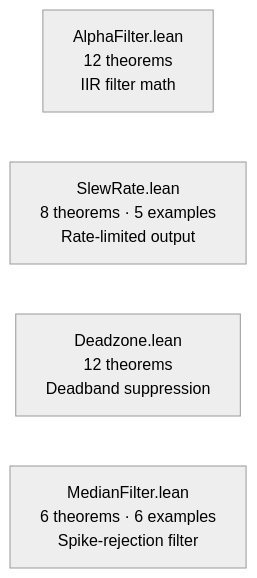
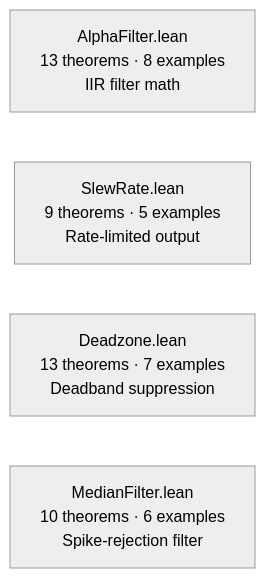
One commit to dsyme/PX4-Autopilot changed the third of 12 diagrams in formal-verification/REPORT.md. Above: the diagram before and after it, drawn with Mermaid (neutral theme). The commit also changed other lines of this file and 1 other file, not shown here.

First line of the commit message:
docs(formal-verification): update REPORT.md to 214 theorems; add Hysteresis informal spec

````diff
--- a/formal-verification/REPORT.md
+++ b/formal-verification/REPORT.md
@@ -78,7 +81,7 @@
 ```mermaid
 graph LR
-    AF["AlphaFilter.lean<br/>12 theorems<br/>IIR filter math"]
-    SR["SlewRate.lean<br/>8 theorems · 5 examples<br/>Rate-limited output"]
-    DZ["Deadzone.lean<br/>12 theorems<br/>Deadband suppression"]
-    MF["MedianFilter.lean<br/>6 theorems · 6 examples<br/>Spike-rejection filter"]
+    AF["AlphaFilter.lean<br/>13 theorems · 8 examples<br/>IIR filter math"]
+    SR["SlewRate.lean<br/>9 theorems · 5 examples<br/>Rate-limited output"]
+    DZ["Deadzone.lean<br/>13 theorems · 7 examples<br/>Deadband suppression"]
+    MF["MedianFilter.lean<br/>10 theorems · 6 examples<br/>Spike-rejection filter"]
 ```
````
